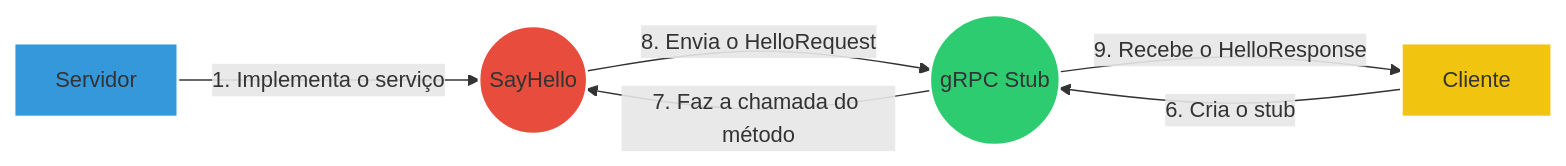
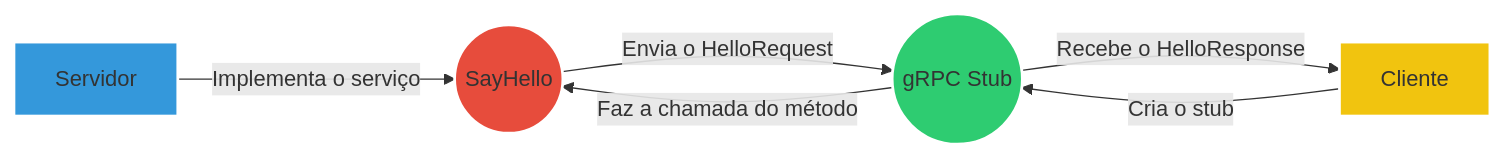
Before and after one commit to olucaslopes/gRPC-POC: the diagram in README.md, drawn with Mermaid.

````diff
--- a/README.md
+++ b/README.md
@@ -3,14 +3,14 @@
 ```mermaid
 graph LR
 style A fill:#3498db,stroke:#ffffff,stroke-width:2px
 style B fill:#e74c3c,stroke:#ffffff,stroke-width:2px
 style F fill:#f1c40f,stroke:#ffffff,stroke-width:2px
 style G fill:#2ecc71,stroke:#ffffff,stroke-width:2px
 
-A[Servidor] -->|1. Implementa o serviço| B((SayHello))
-F[Cliente] -->|6. Cria o stub| G((gRPC Stub))
-G -->|7. Faz a chamada do método| B
-B -->|8. Envia o HelloRequest| G
-G -->|9. Recebe o HelloResponse| F
+A[Servidor] -->|Implementa o serviço| B((SayHello))
+F[Cliente] -->|Cria o stub| G((gRPC Stub))
+G -->|Faz a chamada do método| B
+B -->|Envia o HelloRequest| G
+G -->|Recebe o HelloResponse| F
 
 ```
````
